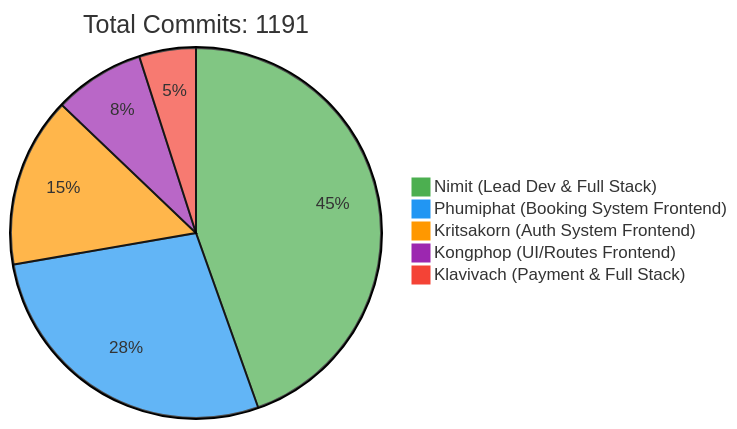
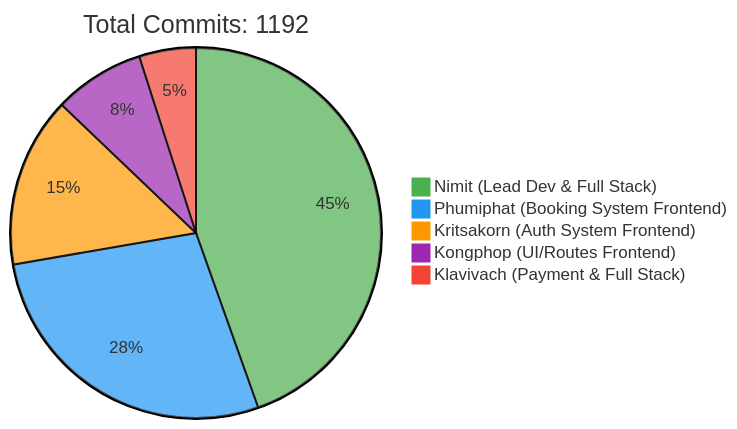
The first of 2 diagrams in README.md (6531503042/Sport-Complex), drawn with Mermaid before and after one commit. The commit also changed other lines of this file, not shown here.

Commit message:
docs: Update contributor statistics [skip ci]

````diff
--- a/README.md
+++ b/README.md
@@ -257,10 +257,10 @@
 ```mermaid
 %%{init: {'theme': 'base', 'themeVariables': { 'pie1': '#4CAF50', 'pie2': '#2196F3', 'pie3': '#FF9800', 'pie4': '#9C27B0', 'pie5': '#F44336'}}}%%
 pie
-    title Total Commits: 1191
+    title Total Commits: 1192
     "Nimit (Lead Dev & Full Stack)" : 450
     "Phumiphat (Booking System Frontend)" : 280
     "Kritsakorn (Auth System Frontend)" : 150
     "Kongphop (UI/Routes Frontend)" : 80
     "Klavivach (Payment & Full Stack)" : 50
 ```
````
